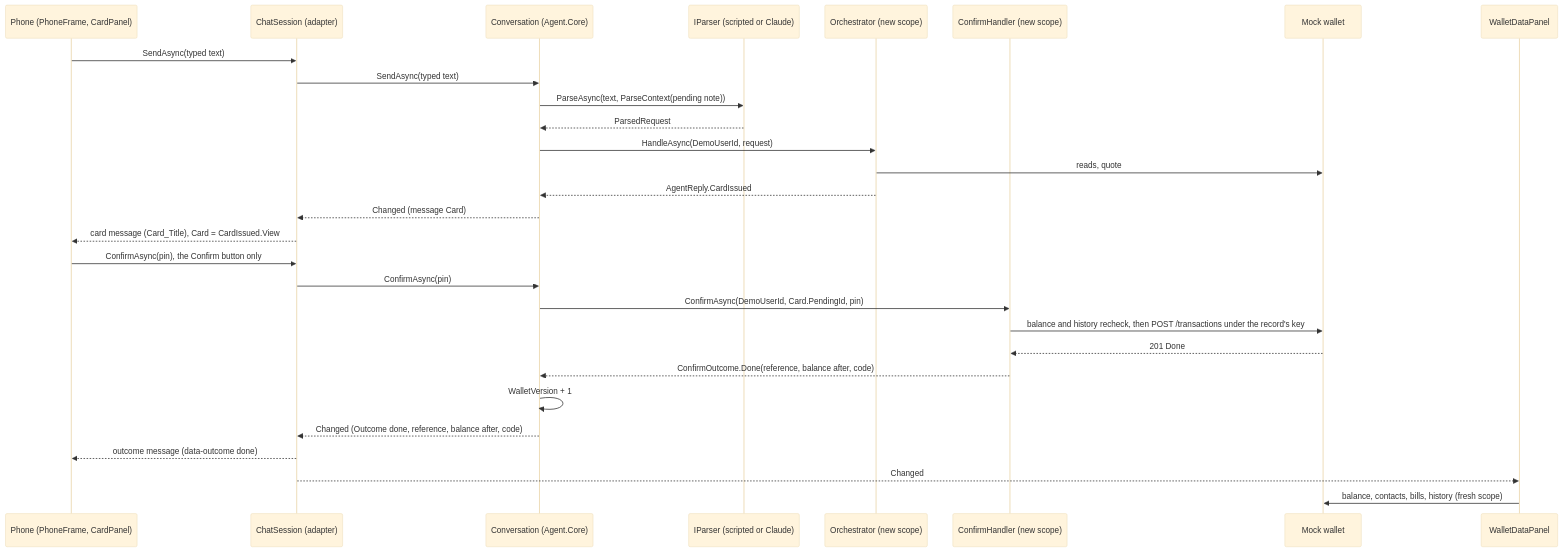
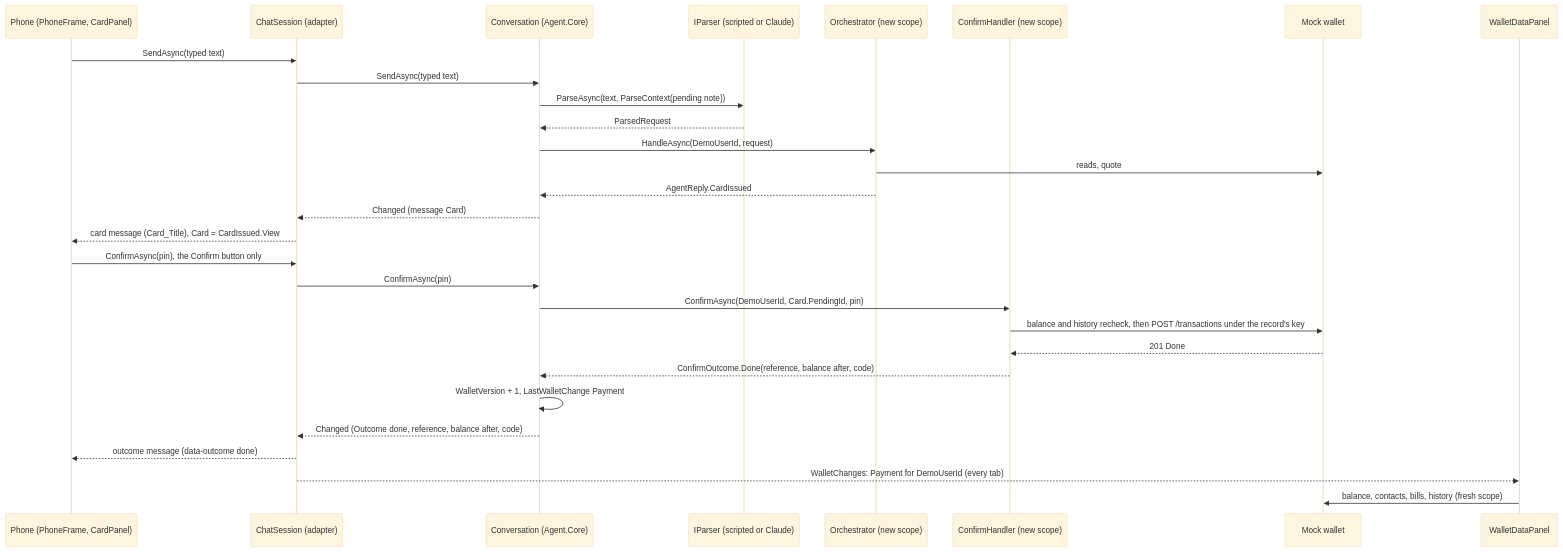
The second of 9 diagrams in docs/agent-web.md (Khalil-Alhadidi/Naqoli), drawn with Mermaid (base theme) before and after one commit. The commit also changed other lines of this file and 17 other files, not shown here.

````diff
--- a/docs/agent-web.md
+++ b/docs/agent-web.md
@@ -81,32 +82,32 @@
 ```mermaid
 sequenceDiagram
     participant U as Phone (PhoneFrame, CardPanel)
     participant S as ChatSession (adapter)
     participant V as Conversation (Agent.Core)
     participant P as IParser (scripted or Claude)
     participant O as Orchestrator (new scope)
     participant C as ConfirmHandler (new scope)
     participant W as Mock wallet
     participant D as WalletDataPanel
 
     U->>S: SendAsync(typed text)
     S->>V: SendAsync(typed text)
     V->>P: ParseAsync(text, ParseContext(pending note))
     P-->>V: ParsedRequest
     V->>O: HandleAsync(DemoUserId, request)
     O->>W: reads, quote
     O-->>V: AgentReply.CardIssued
     V-->>S: Changed (message Card)
     S-->>U: card message (Card_Title), Card = CardIssued.View
     U->>S: ConfirmAsync(pin), the Confirm button only
     S->>V: ConfirmAsync(pin)
     V->>C: ConfirmAsync(DemoUserId, Card.PendingId, pin)
     C->>W: balance and history recheck, then POST /transactions under the record's key
     W-->>C: 201 Done
     C-->>V: ConfirmOutcome.Done(reference, balance after, code)
-    V->>V: WalletVersion + 1
+    V->>V: WalletVersion + 1, LastWalletChange Payment
     V-->>S: Changed (Outcome done, reference, balance after, code)
     S-->>U: outcome message (data-outcome done)
-    S-->>D: Changed
+    S-->>D: WalletChanges: Payment for DemoUserId (every tab)
     D->>W: balance, contacts, bills, history (fresh scope)
 ```
````
